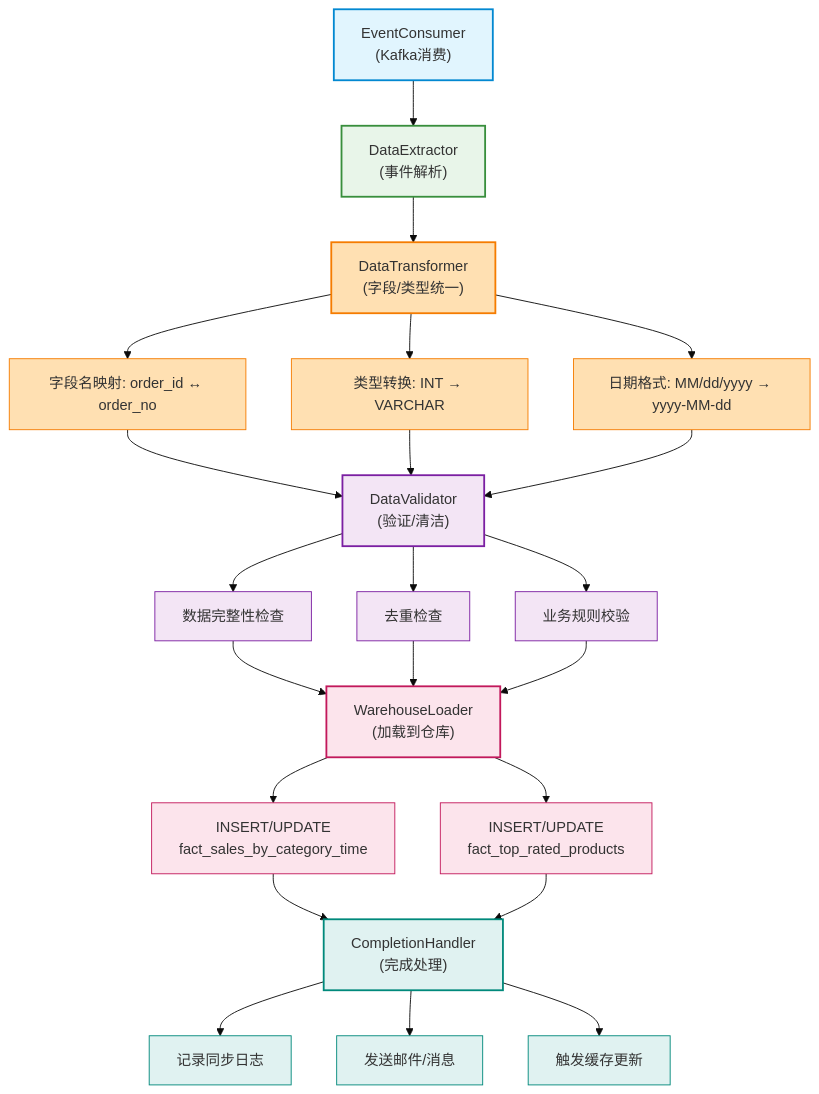
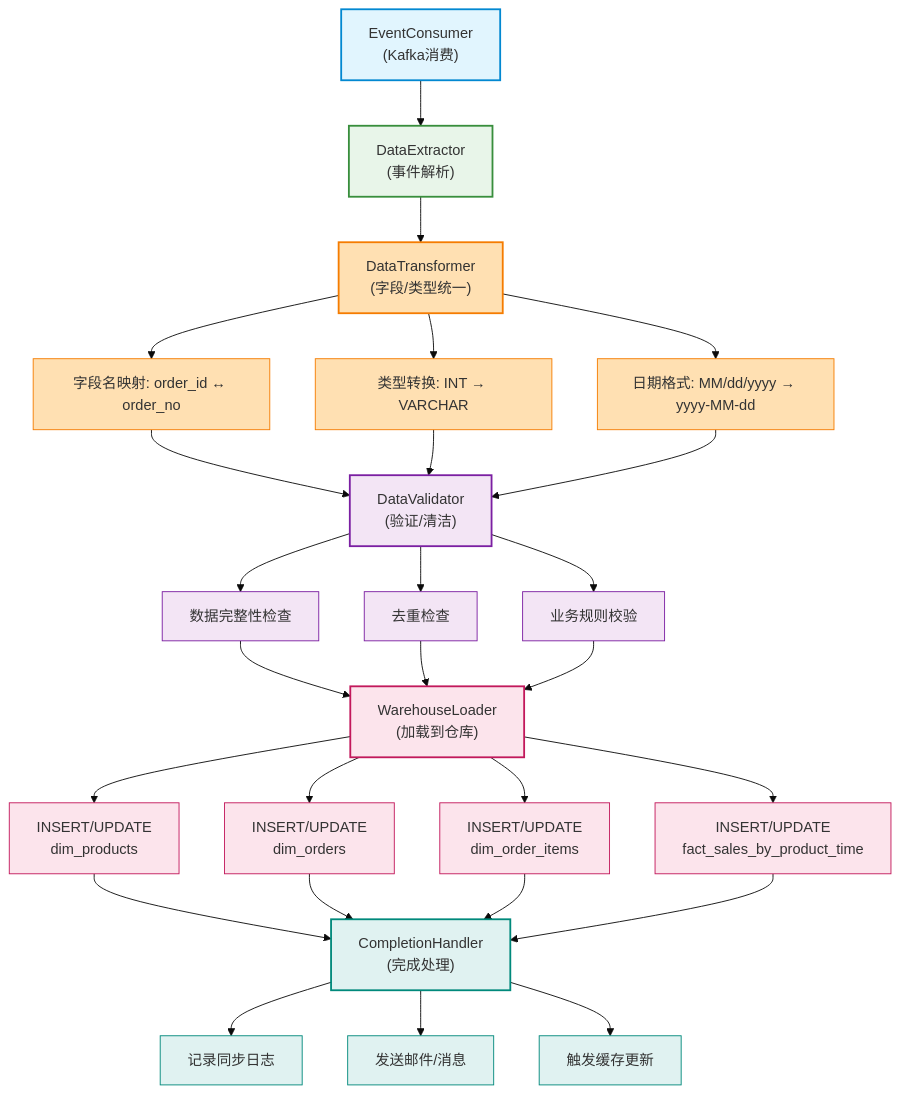
One commit to jianglei919/ecommerce_data_warehouse changed the fifth of 8 diagrams in TECH_SOLUTION.md. Above: the diagram before and after it, drawn with Mermaid (base theme). The commit also changed other lines of this file and 1 other file, not shown here.

Commit message:
feat: Update warehouse schema in technical documentation

````diff
--- a/TECH_SOLUTION.md
+++ b/TECH_SOLUTION.md
@@ -211,60 +211,68 @@
 ```mermaid
 graph TD
     consumer["EventConsumer<br/>(Kafka消费)"]
     extract["DataExtractor<br/>(事件解析)"]
     transform["DataTransformer<br/>(字段/类型统一)"]
     t1["字段名映射: order_id ↔ order_no"]
     t2["类型转换: INT → VARCHAR"]
     t3["日期格式: MM/dd/yyyy → yyyy-MM-dd"]
     validate["DataValidator<br/>(验证/清洁)"]
     v1["数据完整性检查"]
     v2["去重检查"]
     v3["业务规则校验"]
     load["WarehouseLoader<br/>(加载到仓库)"]
-    l1["INSERT/UPDATE<br/>fact_sales_by_category_time"]
-    l2["INSERT/UPDATE<br/>fact_top_rated_products"]
+    l1["INSERT/UPDATE<br/>dim_products"]
+    l2["INSERT/UPDATE<br/>dim_orders"]
+    l3["INSERT/UPDATE<br/>dim_order_items"]
+    l4["INSERT/UPDATE<br/>fact_sales_by_product_time"]
     handler["CompletionHandler<br/>(完成处理)"]
     h1["记录同步日志"]
     h2["发送邮件/消息"]
     h3["触发缓存更新"]
 
     consumer --> extract
     extract --> transform
     transform --> t1
     transform --> t2
     transform --> t3
     t1 --> validate
     t2 --> validate
     t3 --> validate
     validate --> v1
     validate --> v2
     validate --> v3
     v1 --> load
     v2 --> load
     v3 --> load
     load --> l1
     load --> l2
+    load --> l3
+    load --> l4
     l1 --> handler
     l2 --> handler
+    l3 --> handler
+    l4 --> handler
     handler --> h1
     handler --> h2
     handler --> h3
 
     style consumer fill:#e1f5fe,stroke:#0288d1,stroke-width:2px
     style extract fill:#e8f5e9,stroke:#388e3c,stroke-width:2px
     style transform fill:#ffe0b2,stroke:#f57c00,stroke-width:2px
     style t1 fill:#ffe0b2,stroke:#f57c00,stroke-width:1px
     style t2 fill:#ffe0b2,stroke:#f57c00,stroke-width:1px
     style t3 fill:#ffe0b2,stroke:#f57c00,stroke-width:1px
     style validate fill:#f3e5f5,stroke:#7b1fa2,stroke-width:2px
     style v1 fill:#f3e5f5,stroke:#7b1fa2,stroke-width:1px
     style v2 fill:#f3e5f5,stroke:#7b1fa2,stroke-width:1px
     style v3 fill:#f3e5f5,stroke:#7b1fa2,stroke-width:1px
     style load fill:#fce4ec,stroke:#c2185b,stroke-width:2px
     style l1 fill:#fce4ec,stroke:#c2185b,stroke-width:1px
     style l2 fill:#fce4ec,stroke:#c2185b,stroke-width:1px
+    style l3 fill:#fce4ec,stroke:#c2185b,stroke-width:1px
+    style l4 fill:#fce4ec,stroke:#c2185b,stroke-width:1px
     style handler fill:#e0f2f1,stroke:#00897b,stroke-width:2px
     style h1 fill:#e0f2f1,stroke:#00897b,stroke-width:1px
     style h2 fill:#e0f2f1,stroke:#00897b,stroke-width:1px
     style h3 fill:#e0f2f1,stroke:#00897b,stroke-width:1px
 ```
````
